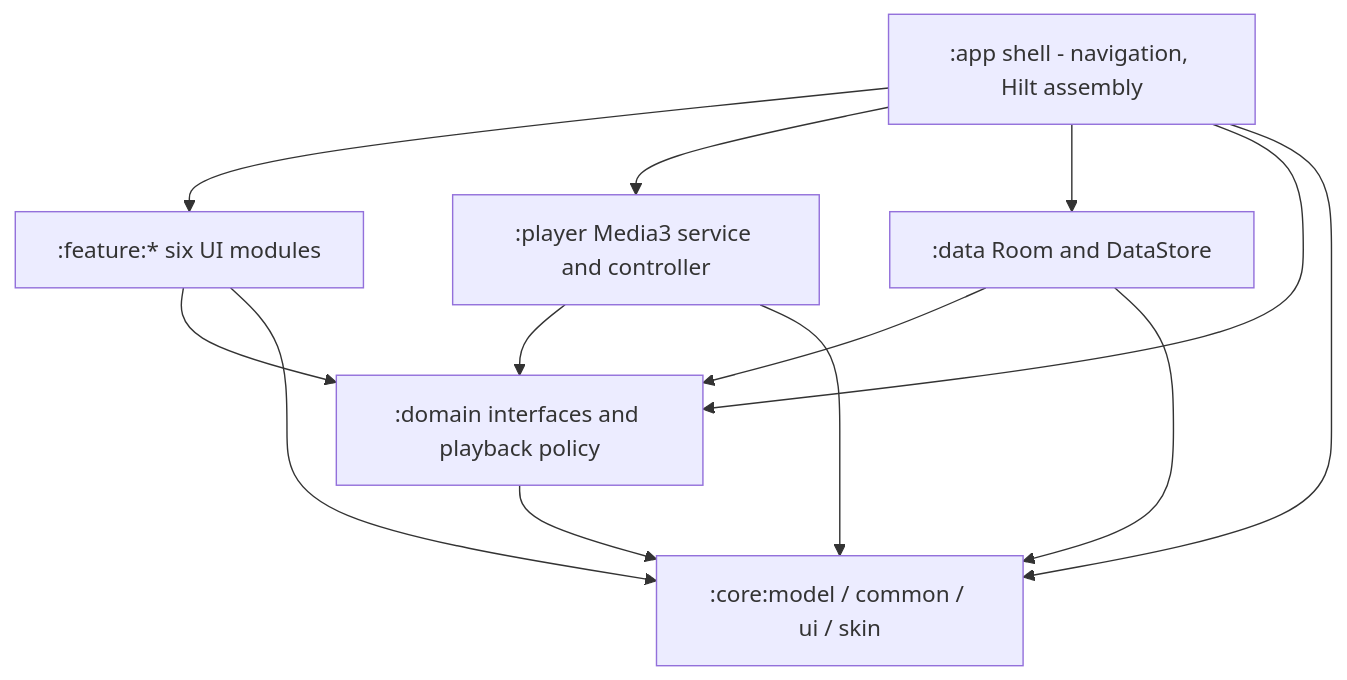
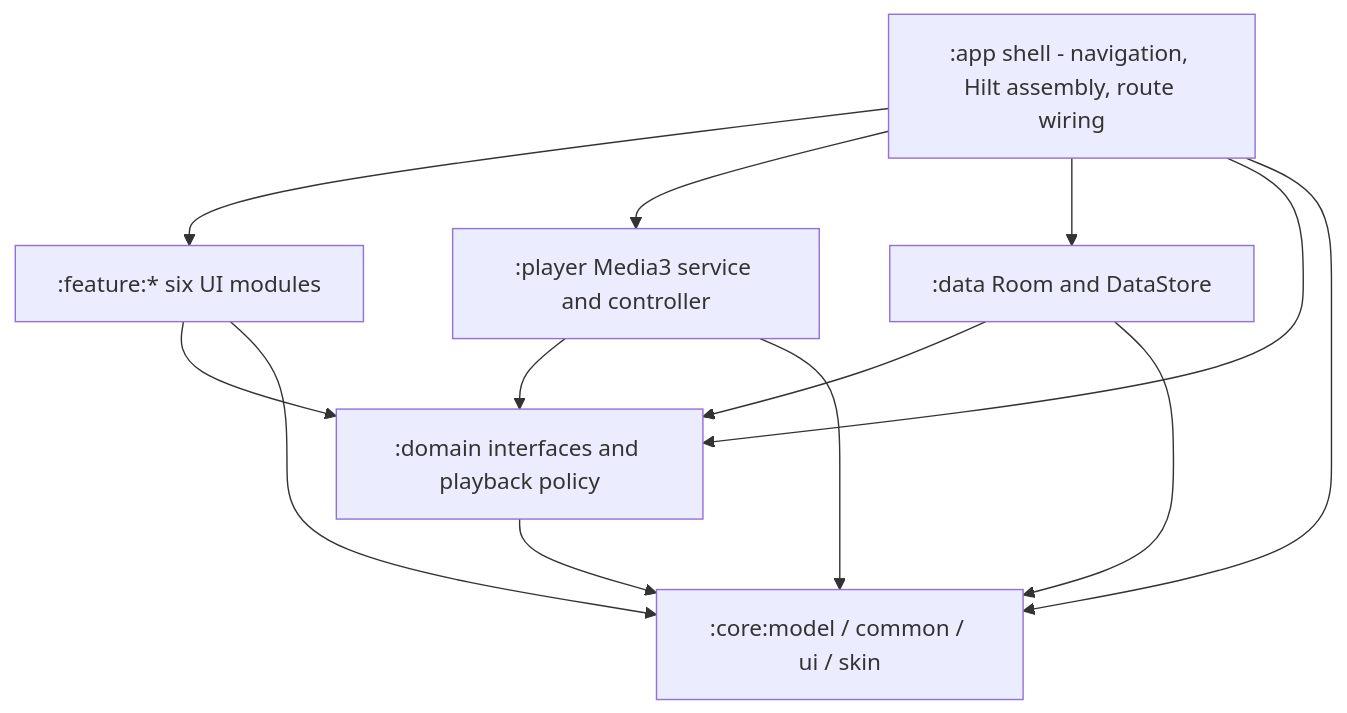
One commit to DefineMyCode/melody-in-heart-x changed the diagram in openwiki/quickstart.md. Above: the diagram before and after it, drawn with Mermaid. The commit also changed other lines of this file and 42 other files, not shown here.

````diff
--- a/openwiki/quickstart.md
+++ b/openwiki/quickstart.md
@@ -127,15 +163,15 @@
 ```mermaid
 flowchart TD
-    APP[":app shell - navigation, Hilt assembly"] --> FEAT[":feature:* six UI modules"]
+    APP[":app shell - navigation, Hilt assembly, route wiring"] --> FEAT[":feature:* six UI modules"]
     APP --> PLAYER[":player Media3 service and controller"]
     APP --> DATA[":data Room and DataStore"]
     APP --> DOMAIN[":domain interfaces and playback policy"]
     APP --> CORE[":core:model / common / ui / skin"]
     FEAT --> DOMAIN
     FEAT --> CORE
     PLAYER --> DOMAIN
     PLAYER --> CORE
     DATA --> DOMAIN
     DATA --> CORE
     DOMAIN --> CORE
 ```
````
